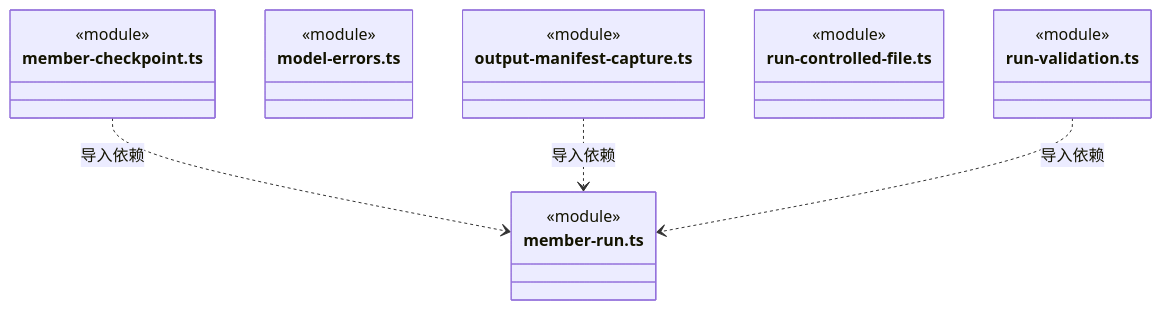
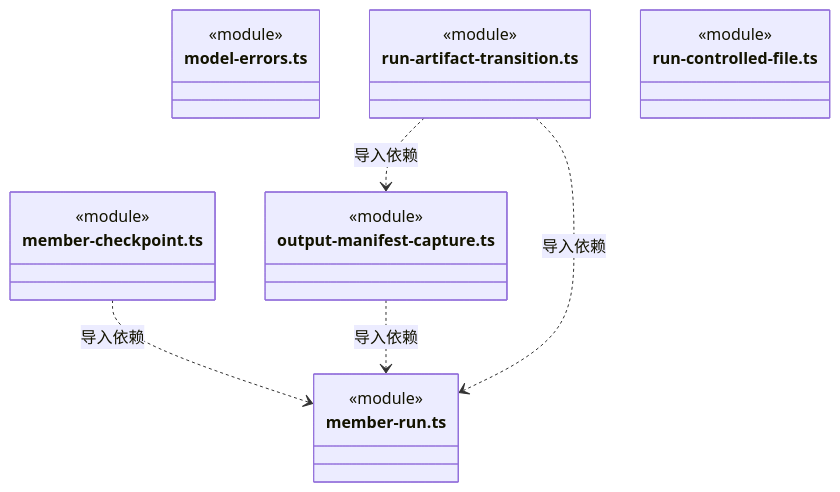
One commit to nan023062/cbim changed the second of 11 diagrams in src/backend/core/brain/ARCHITECTURE.md. Above: the diagram before and after it, drawn with Mermaid. The commit also changed other lines of this file and 62 other files, not shown here.

````diff
--- a/src/backend/core/brain/ARCHITECTURE.md
+++ b/src/backend/core/brain/ARCHITECTURE.md
@@ -58,24 +59,25 @@
 ```mermaid
 classDiagram
 class N_src_backend_core_brain_member_checkpoint_ts["member-checkpoint.ts"] {
   <<module>>
 }
 class N_src_backend_core_brain_member_run_ts["member-run.ts"] {
   <<module>>
 }
 class N_src_backend_core_brain_model_errors_ts["model-errors.ts"] {
   <<module>>
 }
 class N_src_backend_core_brain_output_manifest_capture_ts["output-manifest-capture.ts"] {
   <<module>>
 }
-class N_src_backend_core_brain_run_controlled_file_ts["run-controlled-file.ts"] {
+class N_src_backend_core_brain_run_artifact_transition_ts["run-artifact-transition.ts"] {
   <<module>>
 }
-class N_src_backend_core_brain_run_validation_ts["run-validation.ts"] {
+class N_src_backend_core_brain_run_controlled_file_ts["run-controlled-file.ts"] {
   <<module>>
 }
 N_src_backend_core_brain_member_checkpoint_ts ..> N_src_backend_core_brain_member_run_ts : 导入依赖
 N_src_backend_core_brain_output_manifest_capture_ts ..> N_src_backend_core_brain_member_run_ts : 导入依赖
-N_src_backend_core_brain_run_validation_ts ..> N_src_backend_core_brain_member_run_ts : 导入依赖
+N_src_backend_core_brain_run_artifact_transition_ts ..> N_src_backend_core_brain_output_manifest_capture_ts : 导入依赖
+N_src_backend_core_brain_run_artifact_transition_ts ..> N_src_backend_core_brain_member_run_ts : 导入依赖
 ```
````
